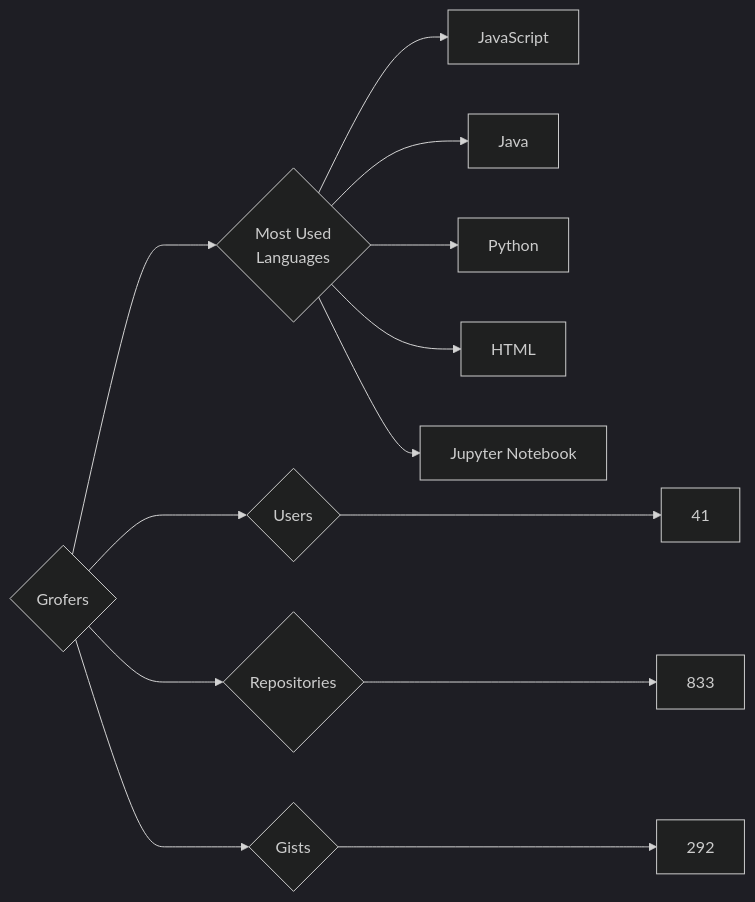
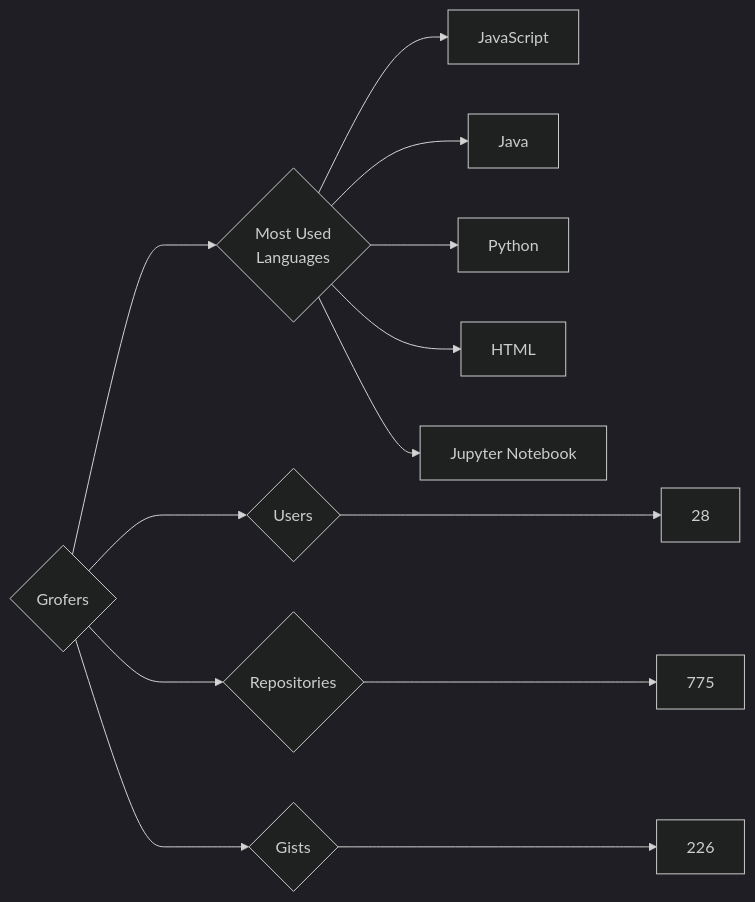
One commit to trickest/insiders changed the diagram in targets/Grofers/README.md. Above: the diagram before and after it, drawn with Mermaid (dark theme). The commit also changed 924 other files, not shown here.

````diff
--- a/targets/Grofers/README.md
+++ b/targets/Grofers/README.md
@@ -3,13 +3,13 @@
 ```mermaid
 graph LR
 COMPANY_NAME{Grofers}
-COMPANY_NAME ---> U{Users} ---> UN[41]
-COMPANY_NAME ---> R{Repositories} ---> RN[833]
-COMPANY_NAME ---> G{Gists} ---> GN[292]
+COMPANY_NAME ---> U{Users} ---> UN[28]
+COMPANY_NAME ---> R{Repositories} ---> RN[775]
+COMPANY_NAME ---> G{Gists} ---> GN[226]
 COMPANY_NAME ---> ML{Most Used<br>Languages}
 ML --> JavaScript[JavaScript]
 ML --> Java[Java]
 ML --> Python[Python]
 ML --> HTML[HTML]
 ML --> Jupyter_Notebook[Jupyter Notebook]
 ```
````
